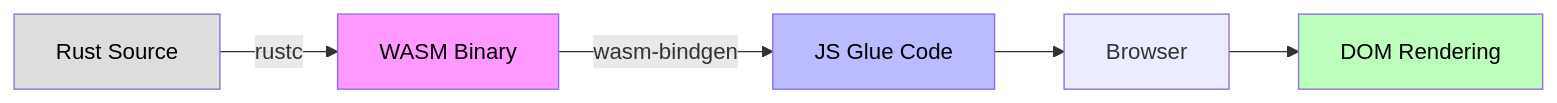
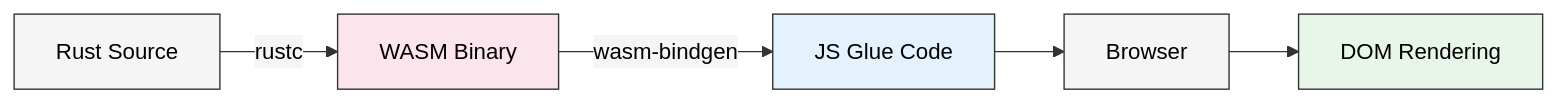
One commit to sw-game-dev/game-mcp-poc changed the second of 6 diagrams in wiki/Architecture-Overview.md. Above: the diagram before and after it, drawn with Mermaid. The commit also changed other lines of this file and 6 other files, not shown here.

First line of the commit message:
fix: Improve mermaid diagram contrast with theme and lighter colors

````diff
--- a/wiki/Architecture-Overview.md
+++ b/wiki/Architecture-Overview.md
@@ -77,12 +78,13 @@
 ```mermaid
+%%{init: {'theme':'base', 'themeVariables': {'primaryColor':'#f5f5f5','primaryTextColor':'#000','primaryBorderColor':'#333','lineColor':'#333','secondaryColor':'#f5f5f5','tertiaryColor':'#f5f5f5'}}}%%
 graph LR
     A[Rust Source] -->|rustc| B[WASM Binary]
     B -->|wasm-bindgen| C[JS Glue Code]
     C --> D[Browser]
     D --> E[DOM Rendering]
 
-    style A fill:#ddd,color:#000
-    style B fill:#f9f,color:#000
-    style C fill:#bbf,color:#000
-    style E fill:#bfb,color:#000
+    style A fill:#f5f5f5,color:#000
+    style B fill:#fce4ec,color:#000
+    style C fill:#e3f2fd,color:#000
+    style E fill:#e8f5e9,color:#000
 ```
````
